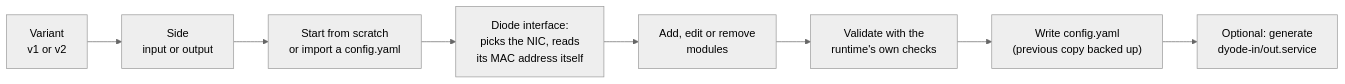
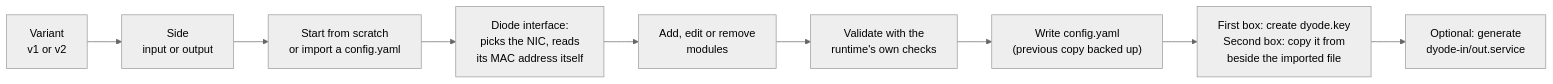
One commit to wavestone-cdt/dyode changed the second of 3 diagrams in docs/wiki/Installation-and-Setup.md. Above: the diagram before and after it, drawn with Mermaid (neutral theme). The commit also changed other lines of this file and 39 other files, not shown here.

````diff
--- a/docs/wiki/Installation-and-Setup.md
+++ b/docs/wiki/Installation-and-Setup.md
@@ -66,10 +69,11 @@
 ```mermaid
 flowchart LR
     A["Variant<br/>v1 or v2"] --> B["Side<br/>input or output"]
     B --> C["Start from scratch<br/>or import a config.yaml"]
     C --> D["Diode interface:<br/>picks the NIC, reads<br/>its MAC address itself"]
     D --> E["Add, edit or remove<br/>modules"]
     E --> F["Validate with the<br/>runtime's own checks"]
     F --> G["Write config.yaml<br/>(previous copy backed up)"]
-    G --> H["Optional: generate<br/>dyode-in/out.service"]
+    G --> KEY["First box: create dyode.key<br/>Second box: copy it from<br/>beside the imported file"]
+    KEY --> H["Optional: generate<br/>dyode-in/out.service"]
 ```
````
